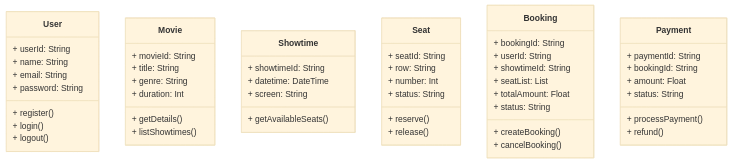
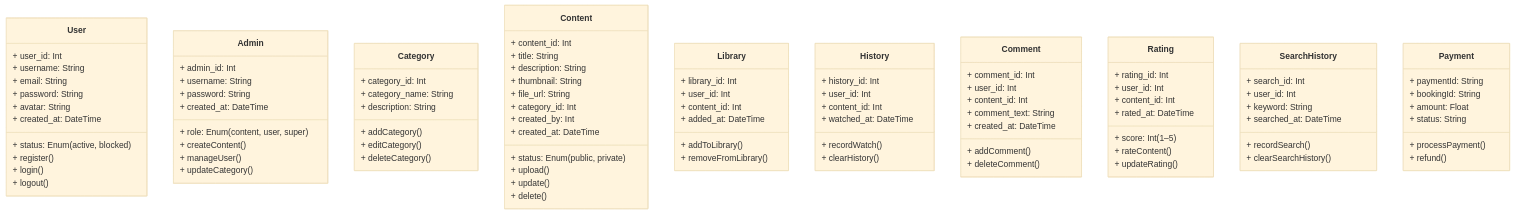
Before and after one commit to Tuan-23010569/Group-7-KTPM-TH1: the diagram in README.md, drawn with Mermaid (base theme). The commit also changed other lines of this file, not shown here.

````diff
--- a/README.md
+++ b/README.md
@@ -111,45 +113,96 @@
 ```mermaid
 classDiagram
     class User {
-        + userId: String
-        + name: String
+        + user_id: Int
+        + username: String
         + email: String
         + password: String
+        + avatar: String
+        + status: Enum(active, blocked)
+        + created_at: DateTime
         + register()
         + login()
         + logout()
     }
-    class Movie {
-        + movieId: String
+
+    class Admin {
+        + admin_id: Int
+        + username: String
+        + password: String
+        + role: Enum(content, user, super)
+        + created_at: DateTime
+        + createContent()
+        + manageUser()
+        + updateCategory()
+    }
+    class Category {
+        + category_id: Int
+        + category_name: String
+        + description: String
+        + addCategory()
+        + editCategory()
+        + deleteCategory()
+    }
+
+    class Content {
+        + content_id: Int
         + title: String
-        + genre: String
-        + duration: Int
-        + getDetails()
-        + listShowtimes()
+        + description: String
+        + thumbnail: String
+        + file_url: String
+        + category_id: Int
+        + created_by: Int
+        + created_at: DateTime
+        + status: Enum(public, private)
+        + upload()
+        + update()
+        + delete()
     }
-    class Showtime {
-        + showtimeId: String
-        + datetime: DateTime
-        + screen: String
-        + getAvailableSeats()
+    class Library {
+        + library_id: Int
+        + user_id: Int
+        + content_id: Int
+        + added_at: DateTime
+        + addToLibrary()
+        + removeFromLibrary()
     }
-    class Seat {
-        + seatId: String
-        + row: String
-        + number: Int
-        + status: String
-        + reserve()
-        + release()
+
+    class History {
+        + history_id: Int
+        + user_id: Int
+        + content_id: Int
+        + watched_at: DateTime
+        + recordWatch()
+        + clearHistory()
     }
-    class Booking {
-        + bookingId: String
-        + userId: String
-        + showtimeId: String
-        + seatList: List<Seat>
-        + totalAmount: Float
-        + status: String
-        + createBooking()
-        + cancelBooking()
+
+    class Comment {
+        + comment_id: Int
+        + user_id: Int
+        + content_id: Int
+        + comment_text: String
+        + created_at: DateTime
+        + addComment()
+        + deleteComment()
+    }
+
+    class Rating {
+        + rating_id: Int
+        + user_id: Int
+        + content_id: Int
+        + score: Int (1–5)
+        + rated_at: DateTime
+        + rateContent()
+        + updateRating()
+    }
+
+    class SearchHistory {
+        + search_id: Int
+        + user_id: Int
+        + keyword: String
+        + searched_at: DateTime
+        + recordSearch()
+        + clearSearchHistory()
     }
     class Payment {
         + paymentId: String
````
